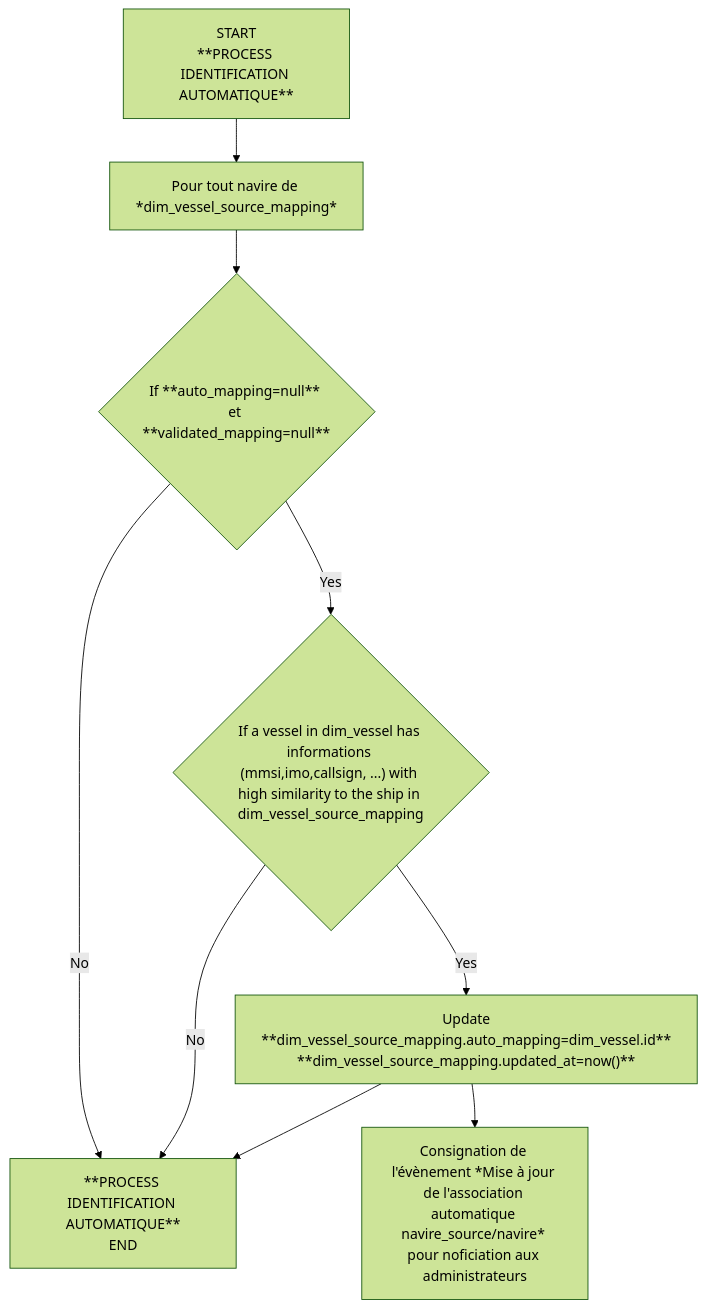
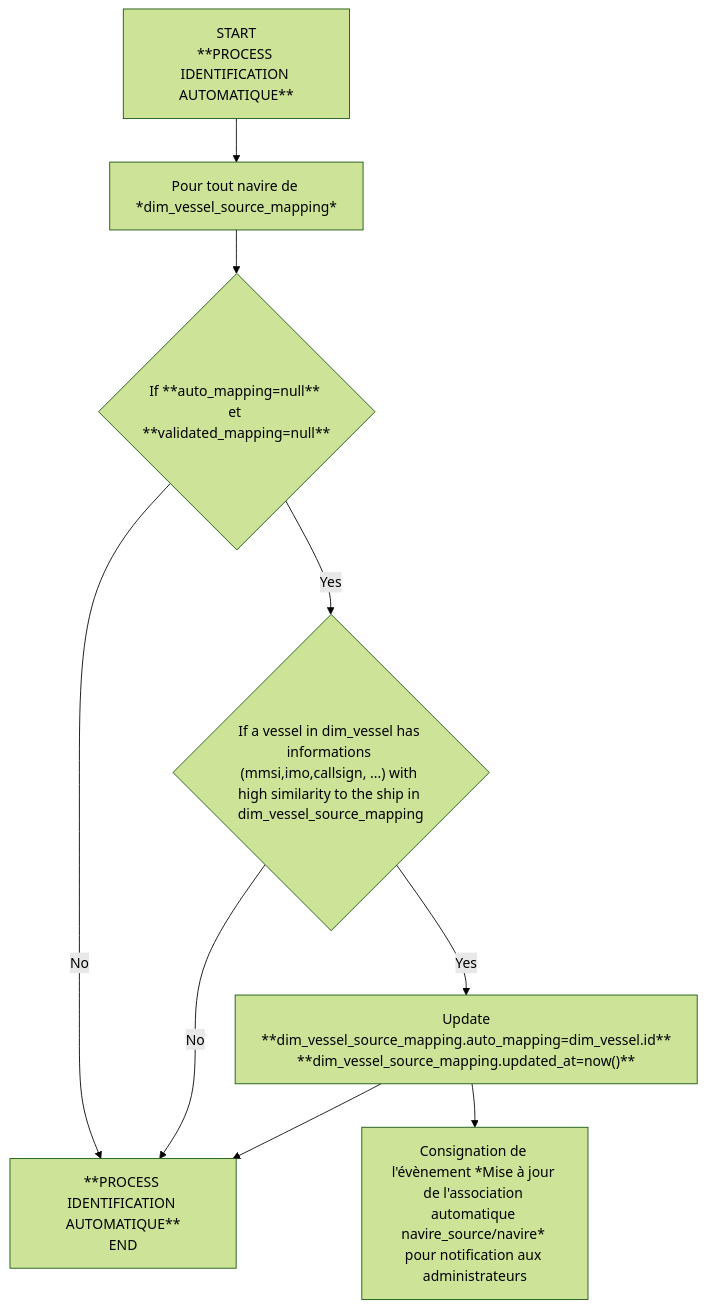
One commit to dataforgoodfr/12_bloom changed the second of 6 diagrams in docs/conception/vessel_identification.md. Above: the diagram before and after it, drawn with Mermaid (forest theme). The commit also changed other lines of this file, not shown here.

````diff
--- a/docs/conception/vessel_identification.md
+++ b/docs/conception/vessel_identification.md
@@ -37,11 +37,11 @@
 ```mermaid
 graph TD;
     ISTART[START<br>**PROCESS IDENTIFICATION AUTOMATIQUE**]-->I000
     I000[Pour tout navire de *dim_vessel_source_mapping* ]-->I001{If **auto_mapping=null** et **validated_mapping=null**}
     I001-->|No|IEND
     I001-->|Yes|I002{"If a vessel in dim_vessel has informations (mmsi,imo,callsign, ...) with high similarity to the ship in dim_vessel_source_mapping"}
     I002-->|Yes|I003["Update<br>**dim_vessel_source_mapping.auto_mapping=dim_vessel.id**<br>**dim_vessel_source_mapping.updated_at=now()**"]
-    I003-->ILOG001["Consignation de l'évènement *Mise à jour de l'association automatique navire_source/navire* pour noficiation aux administrateurs"]
+    I003-->ILOG001["Consignation de l'évènement *Mise à jour de l'association automatique navire_source/navire* pour notification aux administrateurs"]
     I002-->|No|IEND
     I003-->IEND[**PROCESS IDENTIFICATION AUTOMATIQUE**<br>END]
 ```
````
